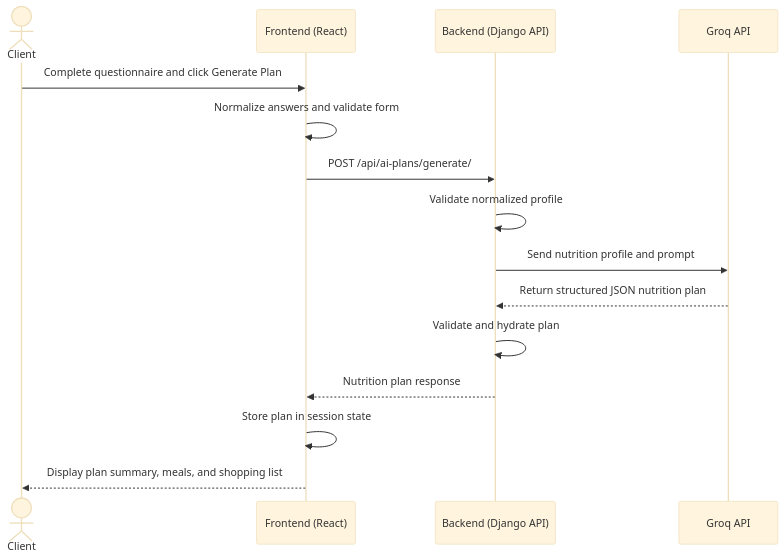
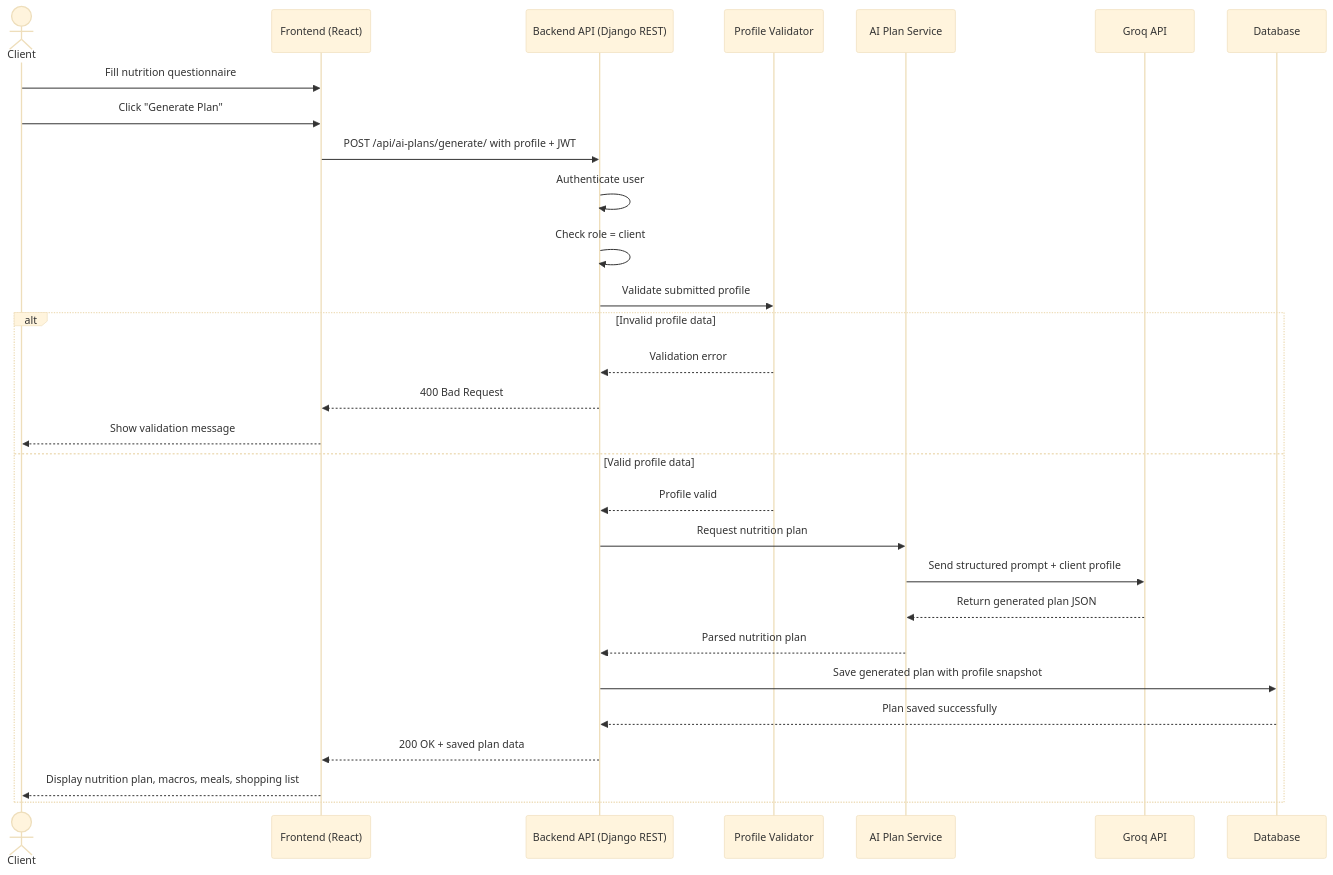
Before and after one commit to aliabdullah1215/holbertonschool-portfolio_project: the eighth of 11 diagrams in Technical Documentation.md, drawn with Mermaid (base theme). The commit also changed other lines of this file, not shown here.

Commit message:
Revise sequence diagram for nutrition plan generation
Updated sequence diagram to include new participants and validation steps.

````diff
--- a/Technical Documentation.md
+++ b/Technical Documentation.md
@@ -565,18 +565,37 @@
 ```mermaid
 sequenceDiagram
     actor Client
-    participant FE as Frontend (React)
-    participant BE as Backend (Django API)
-    participant GROQ as Groq API
+    participant Frontend as Frontend (React)
+    participant Backend as Backend API (Django REST)
+    participant Validator as Profile Validator
+    participant AIService as AI Plan Service
+    participant Groq as Groq API
+    participant DB as Database
 
-    Client->>FE: Complete questionnaire and click Generate Plan
-    FE->>FE: Normalize answers and validate form
-    FE->>BE: POST /api/ai-plans/generate/
-    BE->>BE: Validate normalized profile
-    BE->>GROQ: Send nutrition profile and prompt
-    GROQ-->>BE: Return structured JSON nutrition plan
-    BE->>BE: Validate and hydrate plan
-    BE-->>FE: Nutrition plan response
-    FE->>FE: Store plan in session state
-    FE-->>Client: Display plan summary, meals, and shopping list
+    Client->>Frontend: Fill nutrition questionnaire
+    Client->>Frontend: Click "Generate Plan"
+    Frontend->>Backend: POST /api/ai-plans/generate/ with profile + JWT
+
+    Backend->>Backend: Authenticate user
+    Backend->>Backend: Check role = client
+    Backend->>Validator: Validate submitted profile
+
+    alt Invalid profile data
+        Validator-->>Backend: Validation error
+        Backend-->>Frontend: 400 Bad Request
+        Frontend-->>Client: Show validation message
+    else Valid profile data
+        Validator-->>Backend: Profile valid
+        Backend->>AIService: Request nutrition plan
+        AIService->>Groq: Send structured prompt + client profile
+        Groq-->>AIService: Return generated plan JSON
+        AIService-->>Backend: Parsed nutrition plan
+
+        Backend->>DB: Save generated plan with profile snapshot
+        DB-->>Backend: Plan saved successfully
+
+        Backend-->>Frontend: 200 OK + saved plan data
+        Frontend-->>Client: Display nutrition plan, macros, meals, shopping list
+    end
+
 ```
````
